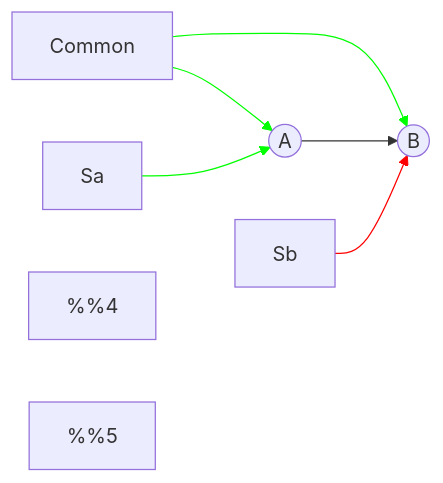
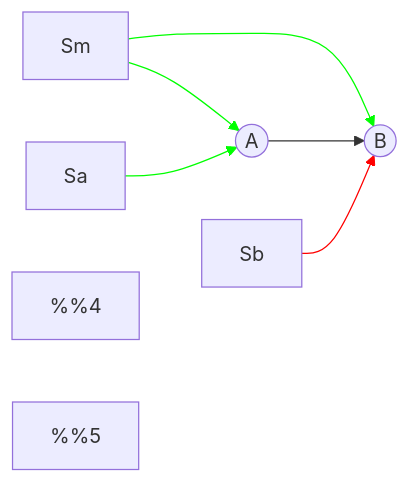
Before and after one commit to awillats/clinc: the third of 9 diagrams in sketches_and_notation/identifiability/IDSNR_notation.md, drawn with Mermaid. The commit also changed other lines of this file and 1 other file, not shown here.

````diff
--- a/sketches_and_notation/identifiability/IDSNR_notation.md
+++ b/sketches_and_notation/identifiability/IDSNR_notation.md
@@ -53,10 +53,10 @@
 ```mermaid
 graph LR
-  Sc[Common]-->A((A));
+  Sc[Sm]-->A((A));
   Sc-->B; 
   A-->B((B)); 
   Sa-->A; %%4
   Sb-->B; %%5
   linkStyle 0,1,3 stroke:#0f0
   linkStyle 4 stroke:#f00
 ```
````
